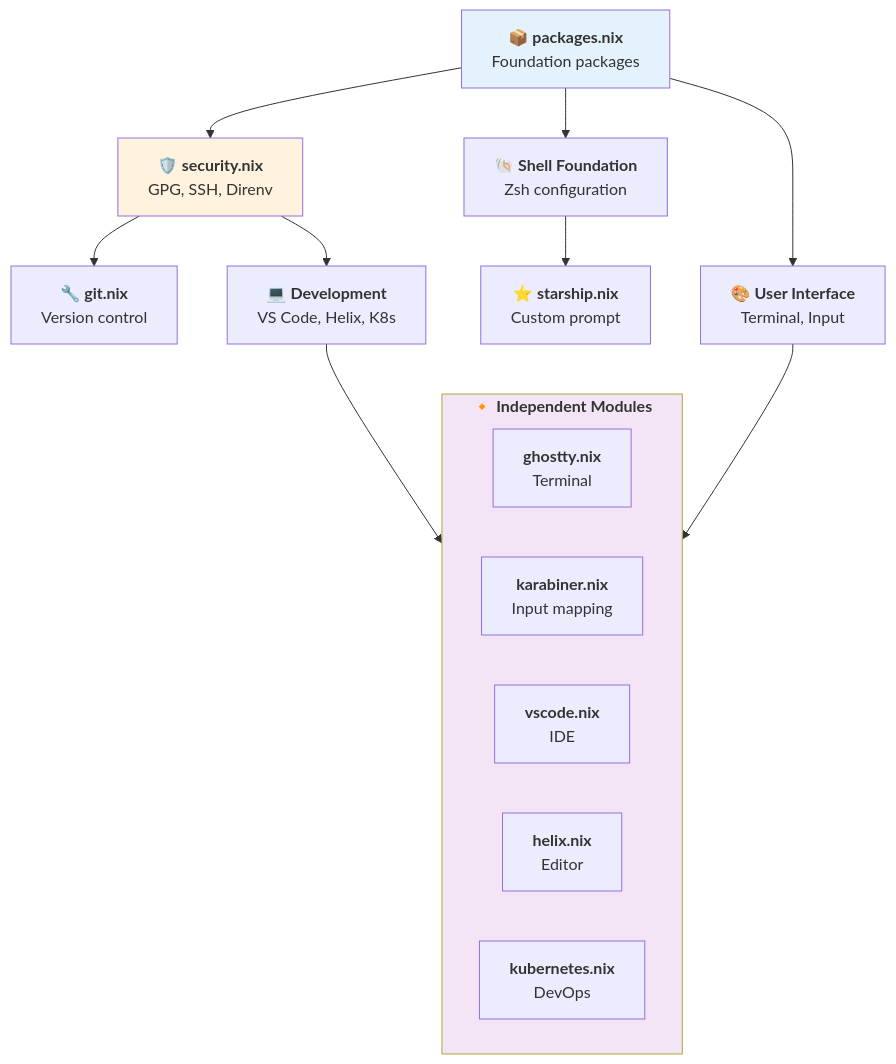
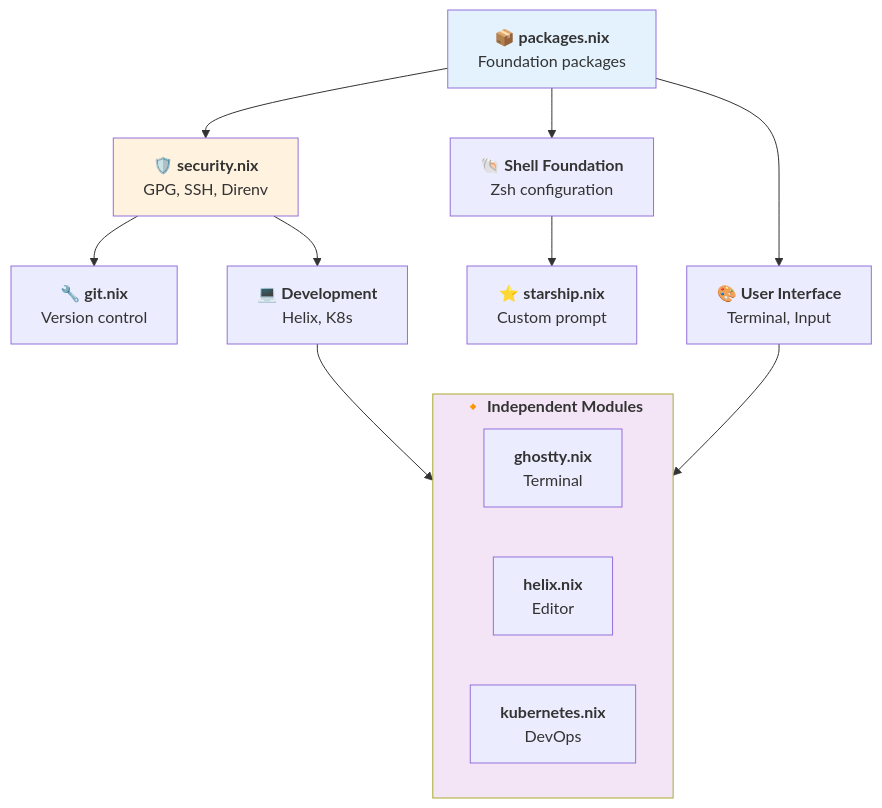
One commit to pampatzoglou/home-manager changed the sixth of 8 diagrams in ARCHITECTURE.md. Above: the diagram before and after it, drawn with Mermaid. The commit also changed other lines of this file and 4 other files, not shown here.

````diff
--- a/ARCHITECTURE.md
+++ b/ARCHITECTURE.md
@@ -294,40 +281,36 @@
 ```mermaid
 graph TD
     packages["`📦 **packages.nix**
     Foundation packages`"] --> security["`🛡️ **security.nix**
     GPG, SSH, Direnv`"]
     
     security --> git["`🔧 **git.nix**
     Version control`"]
     security --> development["`💻 **Development**
-    VS Code, Helix, K8s`"]
+    Helix, K8s`"]
     
     packages --> shell_base["`🐚 **Shell Foundation**
     Zsh configuration`"]
     shell_base --> starship["`⭐ **starship.nix**
     Custom prompt`"]
     
     packages --> ui["`🎨 **User Interface**
     Terminal, Input`"]
     
     subgraph independent["`🔸 **Independent Modules**`"]
         direction LR
         ghostty["`**ghostty.nix**
         Terminal`"]
-        karabiner["`**karabiner.nix**
-        Input mapping`"]
-        vscode["`**vscode.nix**
-        IDE`"]
         helix["`**helix.nix**
         Editor`"]
         kubernetes["`**kubernetes.nix**
         DevOps`"]
     end
     
     ui --> independent
     development --> independent
     
     style packages fill:#e3f2fd
     style security fill:#fff3e0
     style independent fill:#f3e5f5
 ```
````
